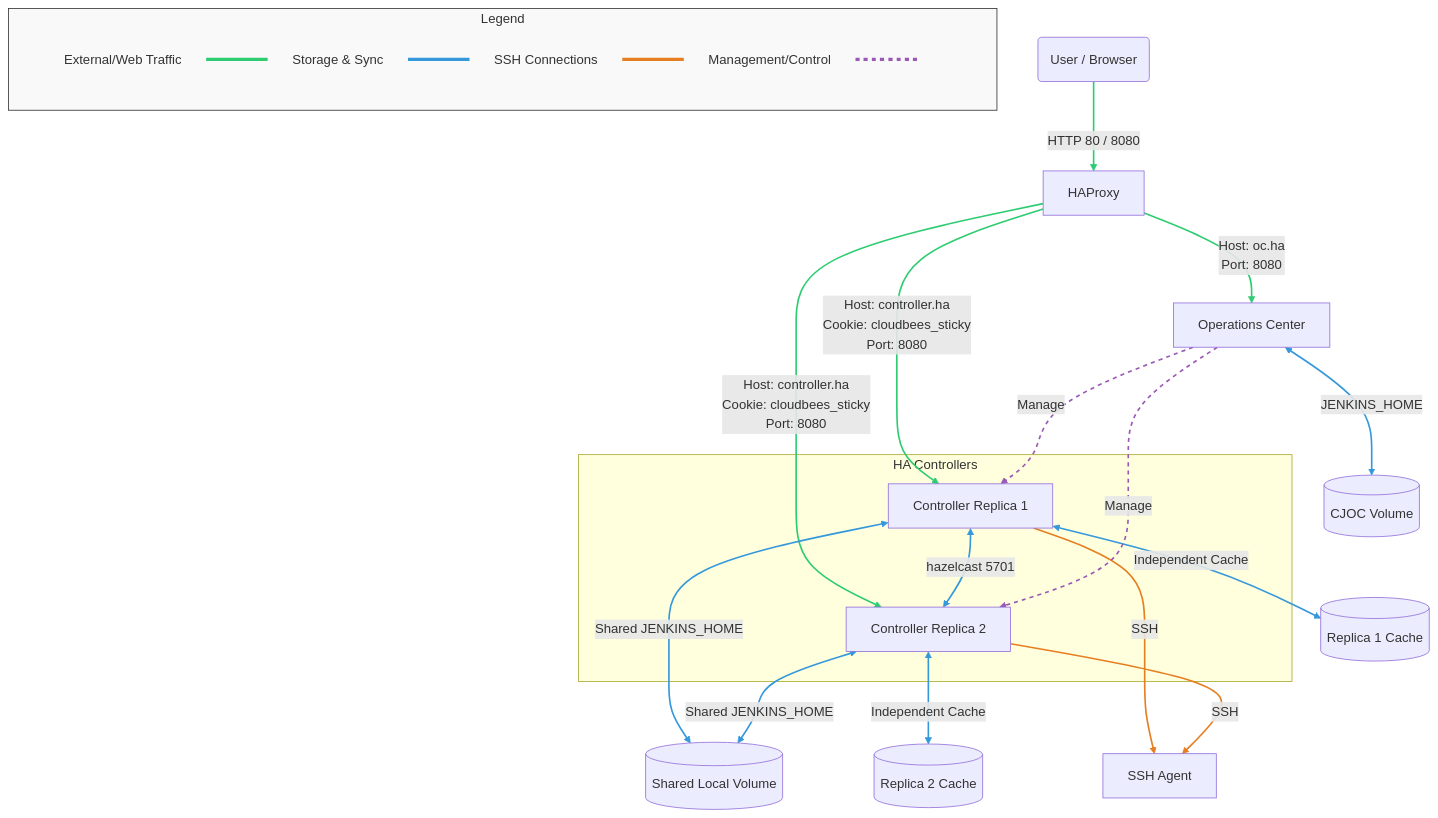
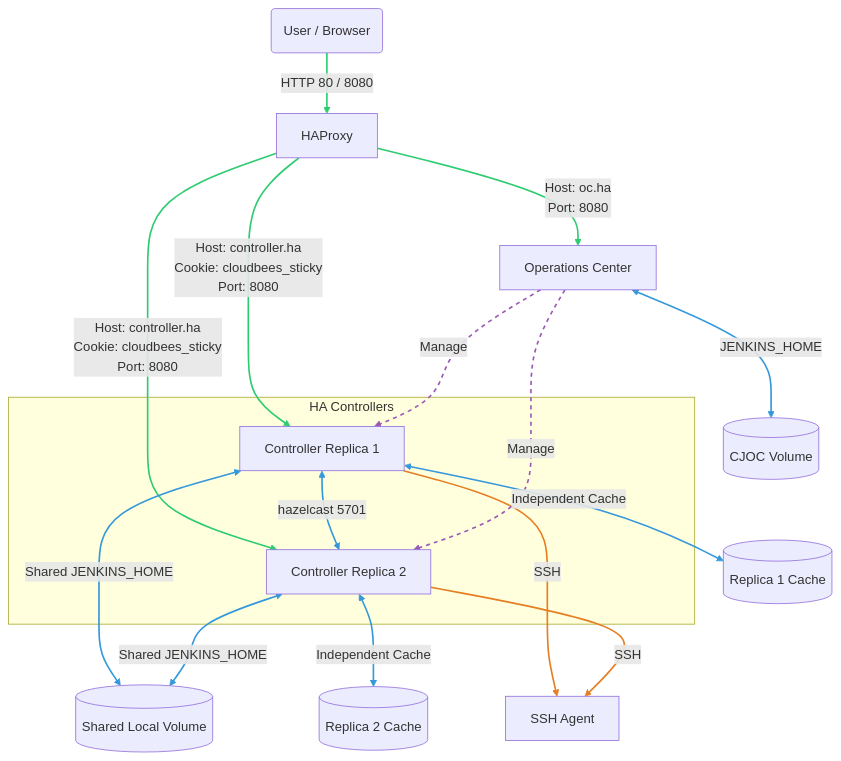
The second of 5 diagrams in README.md (cb-ci/ci-traditional-ha), drawn with Mermaid before and after one commit. The commit also changed other lines of this file, not shown here.

Commit message:
refactor: separate Mermaid diagram legends into distinct blocks for improved rendering.

````diff
--- a/README.md
+++ b/README.md
@@ -40,54 +61,34 @@
 ```mermaid
 graph TD
     Client(User / Browser) -->|HTTP 80 / 8080| HAProxy[HAProxy]
     
     HAProxy -->|Host: oc.ha<br>Port: 8080| CJOC[Operations Center]
     
     subgraph HA_Controllers ["HA Controllers"]
         Controller1[Controller Replica 1]
         Controller2[Controller Replica 2]
     end
     
     HAProxy -->|Host: controller.ha<br>Cookie: cloudbees_sticky<br>Port: 8080| Controller1
     HAProxy -->|Host: controller.ha<br>Cookie: cloudbees_sticky<br>Port: 8080| Controller2
     
     CJOC <-->|JENKINS_HOME| CJOCHome[(CJOC Volume)]
     Controller1 <-->|Shared JENKINS_HOME| JenkinsHome[(Shared Local Volume)]
     Controller2 <-->|Shared JENKINS_HOME| JenkinsHome
     
     Controller1 <-->|hazelcast 5701| Controller2
     Controller1 <-->|Independent Cache| Cache1[(Replica 1 Cache)]
     Controller2 <-->|Independent Cache| Cache2[(Replica 2 Cache)]
     
     Controller1 -->|SSH| SSHAgent[SSH Agent]
     Controller2 -->|SSH| SSHAgent
     
     CJOC -.->|Manage| Controller1
     CJOC -.->|Manage| Controller2
 
-
-    %% Legend Subgraph
-    subgraph Legend
-        L1[External/Web Traffic] --- L2[Storage & Sync] --- L3[SSH Connections] --- L4[Management/Control] --- L5[ ]
-    end
-
     %% Apply Styles to Diagram
     linkStyle 0,1,2,3 stroke:#2ecc71,stroke-width:2px;          
     linkStyle 4,5,6,7,8,9 stroke:#3498db,stroke-width:2px;    
     linkStyle 10,11 stroke:#e67e22,stroke-width:2px;          
     linkStyle 12,13 stroke:#9b59b6,stroke-width:2px,stroke-dasharray: 5 5;
-
-    %% Apply Styles to Legend Lines
-    linkStyle 14 stroke:#2ecc71,stroke-width:4px;
-    linkStyle 15 stroke:#3498db,stroke-width:4px;
-    linkStyle 16 stroke:#e67e22,stroke-width:4px;
-    linkStyle 17 stroke:#9b59b6,stroke-width:4px,stroke-dasharray: 5 5;
-    
-    %% Make Legend nodes look like simple labels
-    style Legend fill:#f9f9f9,stroke:#333,stroke-width:1px
-    style L1 fill:none,stroke:none
-    style L2 fill:none,stroke:none
-    style L3 fill:none,stroke:none
-    style L4 fill:none,stroke:none
-    style L5 fill:none,stroke:none
 ```
````
